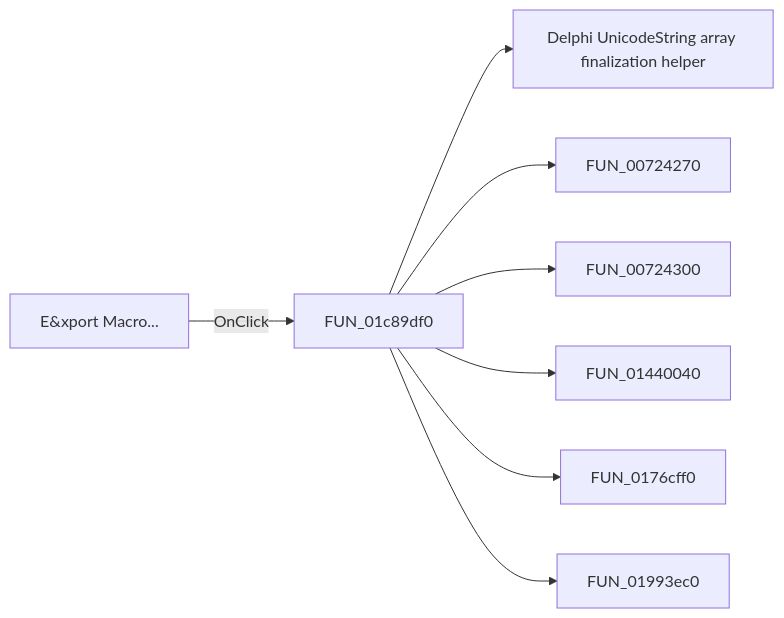
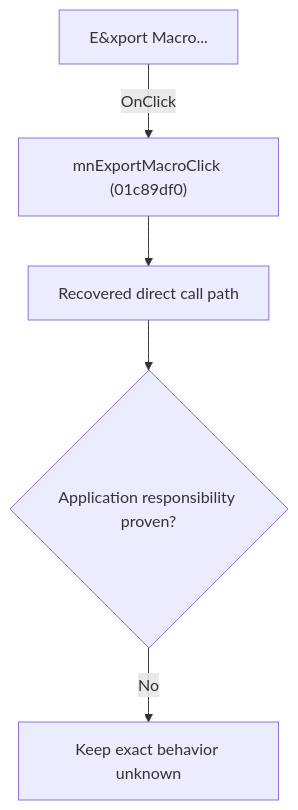
One commit to MovGP0/TIARA changed the diagram in docs/ui-controls/schematiceditor/mnexportmacro-7961e811c3.md. Above: the diagram before and after it, drawn with Mermaid. The commit also changed other lines of this file and 1062 other files, not shown here.

````diff
--- a/docs/ui-controls/schematiceditor/mnexportmacro-7961e811c3.md
+++ b/docs/ui-controls/schematiceditor/mnexportmacro-7961e811c3.md
@@ -27,10 +27,7 @@
 ```mermaid
-flowchart LR
-    control["E&xport Macro..."] -->|OnClick| handler["FUN_01c89df0"]
-    handler --> call1["Delphi UnicodeString array finalization helper"]
-    handler --> call2["FUN_00724270"]
-    handler --> call3["FUN_00724300"]
-    handler --> call4["FUN_01440040"]
-    handler --> call5["FUN_0176cff0"]
-    handler --> call6["FUN_01993ec0"]
+flowchart TD
+    control["E&xport Macro..."] -->|"OnClick"| handler["mnExportMacroClick (01c89df0)"]
+    handler --> recovered["Recovered direct call path"]
+    recovered --> gap{"Application responsibility proven?"}
+    gap -->|"No"| blocked["Keep exact behavior unknown"]
 ```
````
